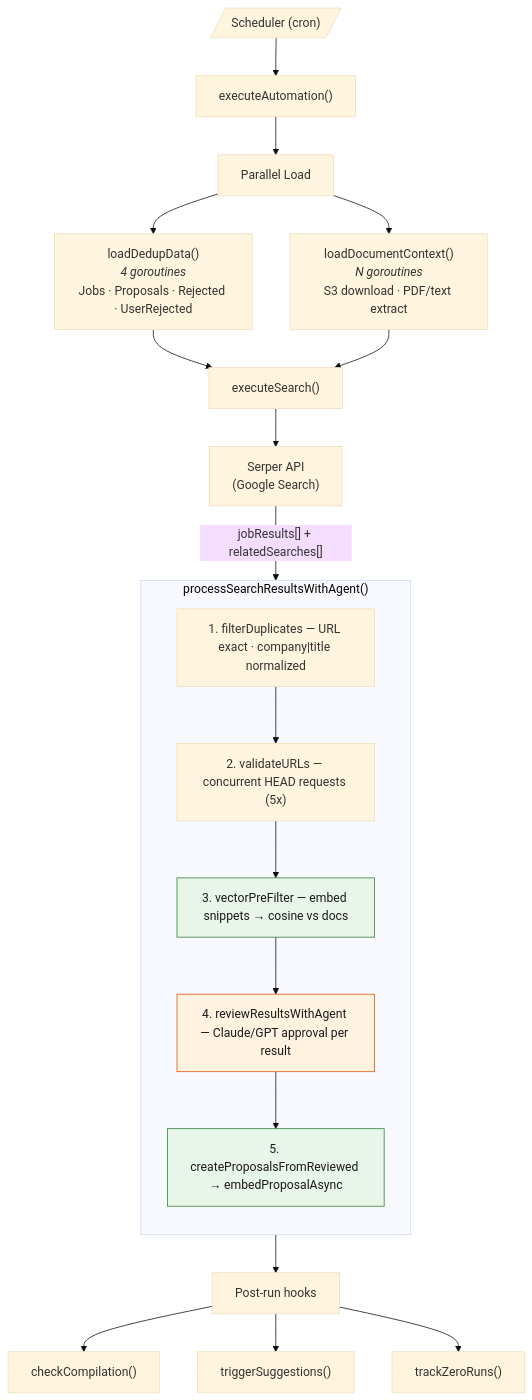
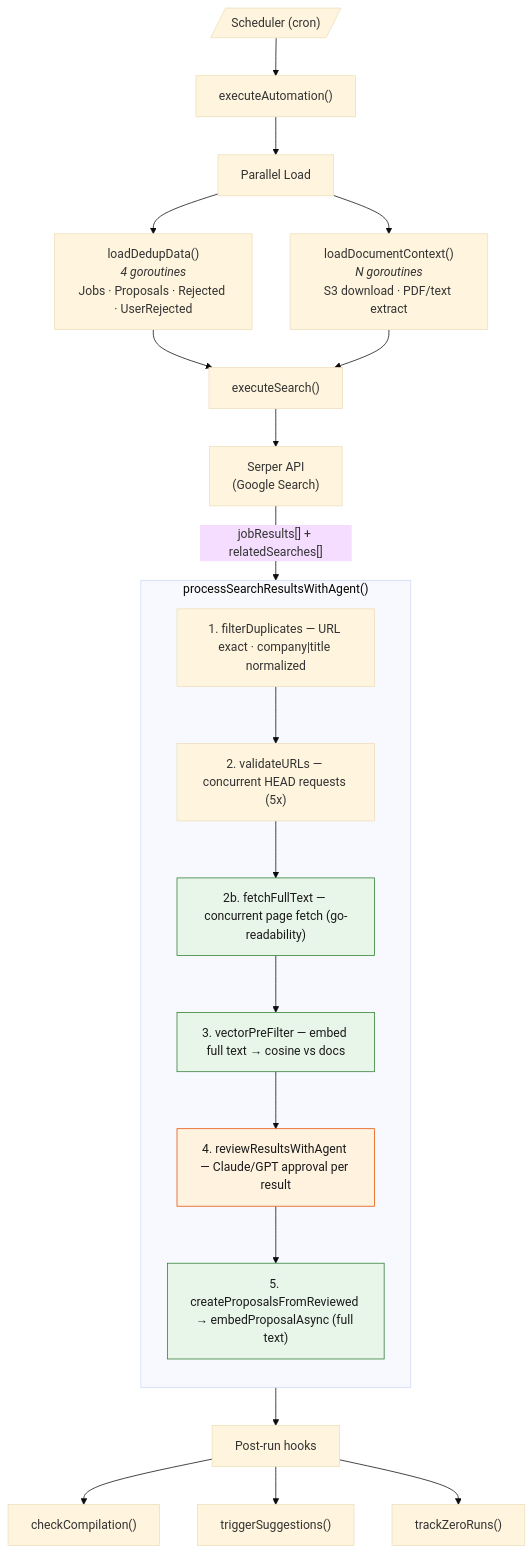
Before and after one commit to hubenschmidt/pina-colada: the second of 11 diagrams in README.md, drawn with Mermaid (base theme). The commit also changed other lines of this file and 14 other files, not shown here.

````diff
--- a/README.md
+++ b/README.md
@@ -144,32 +144,34 @@
 ```mermaid
 flowchart TD
     SCHED[/"Scheduler (cron)"/] --> EXEC["executeAutomation()"]
 
     EXEC --> PAR1["Parallel Load"]
     PAR1 --> DEDUP["loadDedupData()<br/><i>4 goroutines</i><br/>Jobs · Proposals · Rejected · UserRejected"]
     PAR1 --> DOCS["loadDocumentContext()<br/><i>N goroutines</i><br/>S3 download · PDF/text extract"]
 
     DEDUP --> SEARCH
     DOCS --> SEARCH
     SEARCH["executeSearch()"] --> SERPER["Serper API<br/>(Google Search)"]
     SERPER -->|"jobResults[] + relatedSearches[]"| PROCESS
 
     subgraph PROCESS["processSearchResultsWithAgent()"]
         direction TB
         F1["1. filterDuplicates — URL exact · company|title normalized"]
         F2["2. validateURLs — concurrent HEAD requests (5x)"]
-        F3["3. vectorPreFilter — embed snippets → cosine vs docs"]
+        F2b["2b. fetchFullText — concurrent page fetch (go-readability)"]
+        F3["3. vectorPreFilter — embed full text → cosine vs docs"]
         F4["4. reviewResultsWithAgent — Claude/GPT approval per result"]
-        F5["5. createProposalsFromReviewed → embedProposalAsync"]
-        F1 --> F2 --> F3 --> F4 --> F5
+        F5["5. createProposalsFromReviewed → embedProposalAsync (full text)"]
+        F1 --> F2 --> F2b --> F3 --> F4 --> F5
     end
 
     F5 --> POST["Post-run hooks"]
     POST --> COMP["checkCompilation()"]
     POST --> SUGG["triggerSuggestions()"]
     POST --> ZERO["trackZeroRuns()"]
 
+    style F2b fill:#e8f5e9,stroke:#2e7d32,color:#1a1a1a
     style F3 fill:#e8f5e9,stroke:#2e7d32,color:#1a1a1a
     style F5 fill:#e8f5e9,stroke:#2e7d32,color:#1a1a1a
     style F4 fill:#fff3e0,stroke:#e65100,color:#1a1a1a
 ```
````
